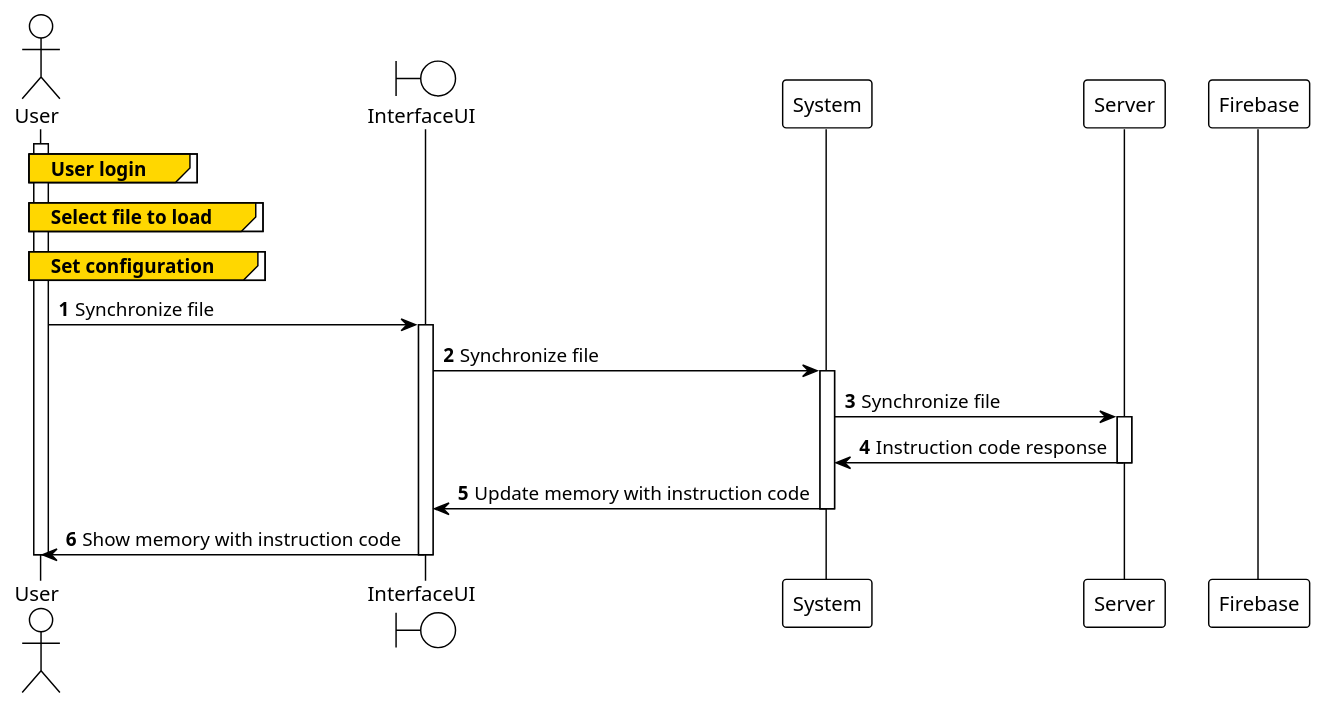
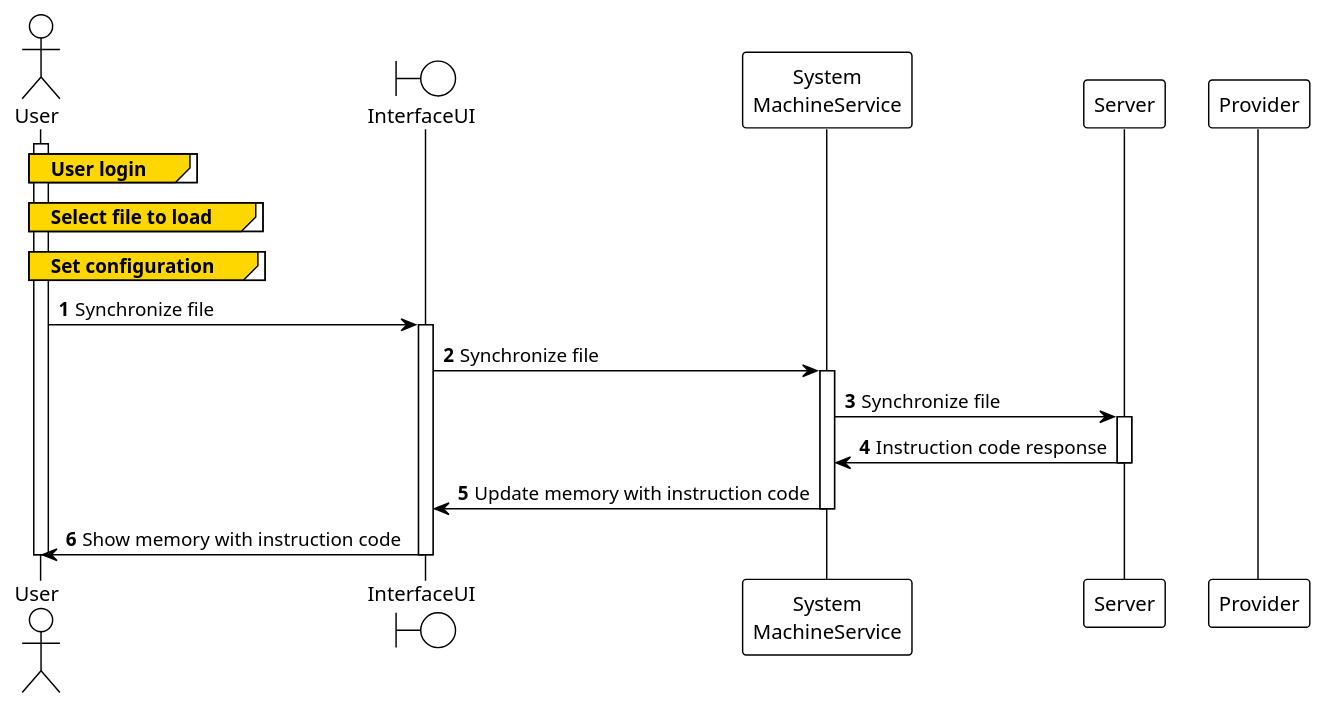
One commit to nonodev96/THUMDER changed the diagram in UML/4.Sequence/4.23.LoadSimulation.puml. Above: the diagram before and after it, drawn with PlantUML. The commit also changed 41 other files, not shown here.

Commit message:
Fix with drag and drop, new component card with docs and names in UML sequences changes

```diff
--- a/UML/4.Sequence/4.23.LoadSimulation.puml
+++ b/UML/4.Sequence/4.23.LoadSimulation.puml
@@ -1,43 +1,43 @@
 @startuml
 'https://plantuml.com/sequence-diagram
 !theme plain
 
 '!pragma teoz true &
 autonumber
 
 actor User
 boundary InterfaceUI
-participant System
+participant "System\nMachineService" as System
 participant Server
-participant Firebase
+participant "Provider" as Firebase
 
 activate User
 group#Gold User login
 
 end
 group#Gold Select file to load
 
 end
 group#Gold Set configuration
 
 end
 
 User -> InterfaceUI: Synchronize file
 activate InterfaceUI
 InterfaceUI -> System: Synchronize file
 activate System
 System -> Server: Synchronize file
 activate Server
 System <- Server: Instruction code response
 deactivate Server
 InterfaceUI <- System: Update memory with instruction code
 deactivate System
 
 User <- InterfaceUI: Show memory with instruction code
 
 
 
 deactivate InterfaceUI
 deactivate User
 
 @enduml
```
